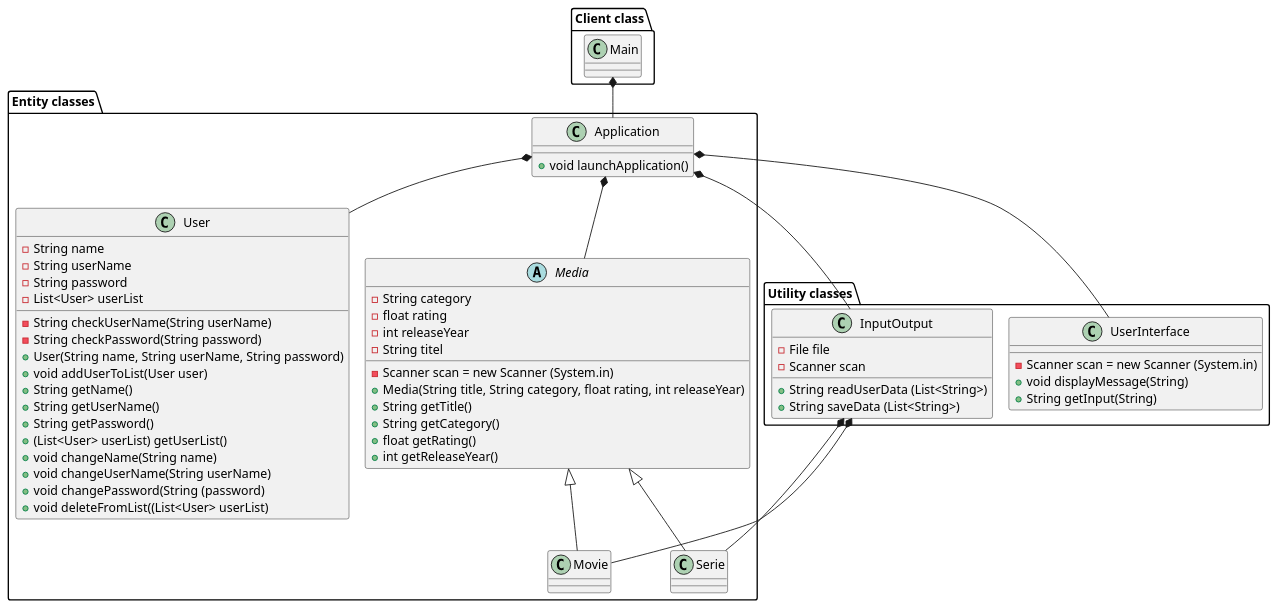
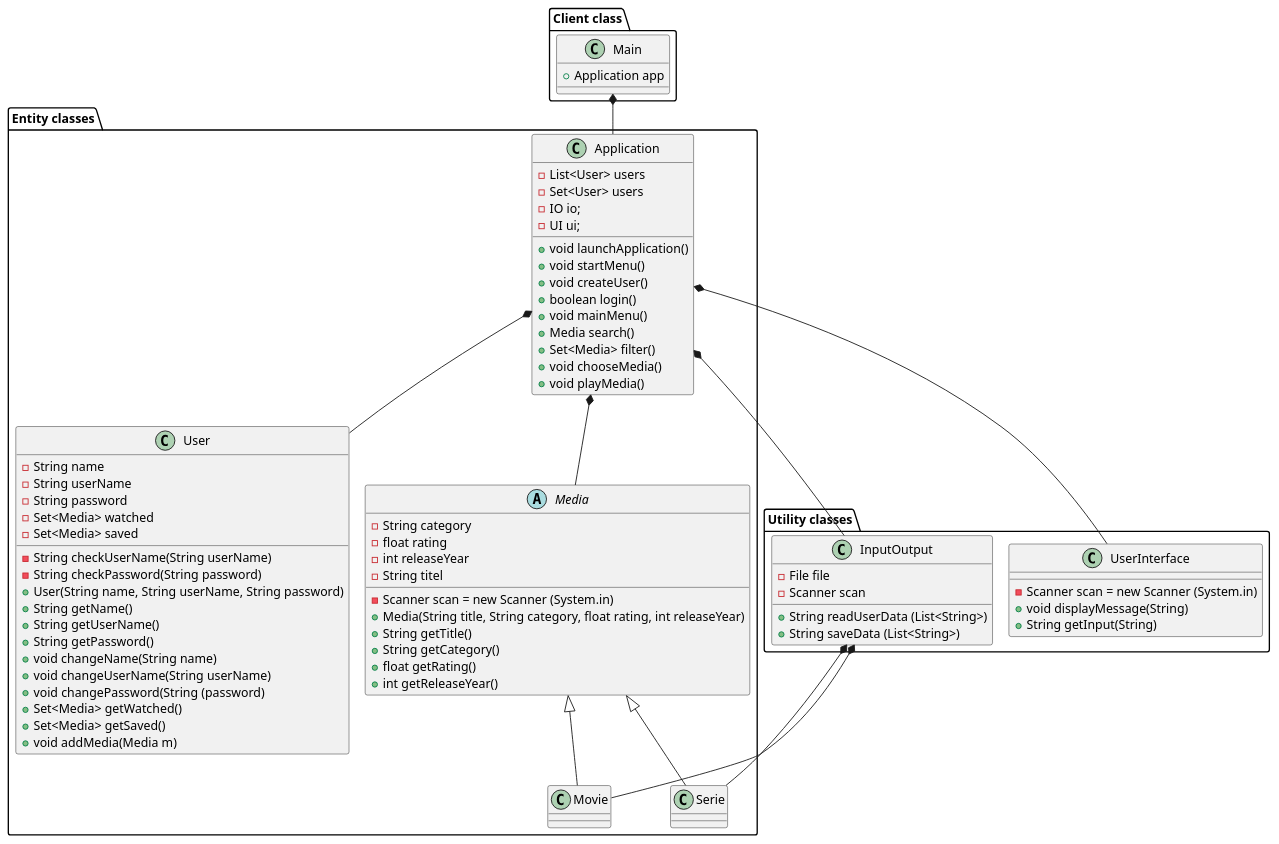
One commit to badranyoussef/SP3 changed the diagram in Documentation/classDiagramUpdated.puml. Above: the diagram before and after it, drawn with PlantUML. The commit also changed 8 other files, not shown here.

Commit message:
createUser() og login()

```diff
--- a/Documentation/classDiagramUpdated.puml
+++ b/Documentation/classDiagramUpdated.puml
@@ -1,77 +1,92 @@
 @startuml
 'https://plantuml.com/class-diagram
 !pragma layout smetana
 
 'Client Package
 package "Client class"{
 class Main
 }
 
 'Utility Package
 package "Utility classes"{
 class UserInterface
 class InputOutput
 }
 
 'Entity Package
 package "Entity classes"{
 class Movie
 class Serie
 class Application
 class User
 abstract Media
 }
 
 'Label on Relations !MANGLER
 Application *-- UserInterface
 Application *-- InputOutput
 Application *-- User
 Application *-- Media
 Media <|-- Serie
 Media <|-- Movie
 InputOutput *-- Movie
 InputOutput *-- Serie
 Main *-- Application
 
 'Class Methods & Attributes
+Main : + Application app
+
+Application : - List<User> users
+Application : - Set<User> users
+Application : - IO io;
+Application : - UI ui;
 Application : + void launchApplication()
+Application : + void startMenu()
+Application : + void createUser()
+Application : + boolean login()
+Application : + void mainMenu()
+Application : + Media search()
+Application : + Set<Media> filter()
+Application : + void chooseMedia()
+Application : + void playMedia()
 
 User : - String name
 User : - String userName
 User : - String password
-User : - List<User> userList
+User : - Set<Media> watched
+User : - Set<Media> saved
 User : - String checkUserName(String userName)
 User : - String checkPassword(String password)
 User : + User(String name, String userName, String password)
-User : + void addUserToList(User user)
 User : + String getName()
 User : + String getUserName()
 User : + String getPassword()
-User : + (List<User> userList) getUserList()
 User : + void changeName(String name)
 User : + void changeUserName(String userName)
 User : + void changePassword(String (password)
-User : + void deleteFromList((List<User> userList)
+User : + Set<Media> getWatched()
+User : + Set<Media> getSaved()
+User : + void addMedia(Media m)
 
 
 InputOutput : - File file
 InputOutput : - Scanner scan
 InputOutput : + String readUserData (List<String>)
 InputOutput : + String saveData (List<String>)
 
 UserInterface : - Scanner scan = new Scanner (System.in)
 UserInterface : + void displayMessage(String)
 UserInterface : + String getInput(String)
 
 Media : - Scanner scan = new Scanner (System.in)
 Media : - String category
 Media : - float rating
 Media : - int releaseYear
 Media : - String titel
 Media : + Media(String title, String category, float rating, int releaseYear)
 Media : + String getTitle()
 Media : + String getCategory()
 Media : + float getRating()
 Media : + int getReleaseYear()
 
 @enduml
```
